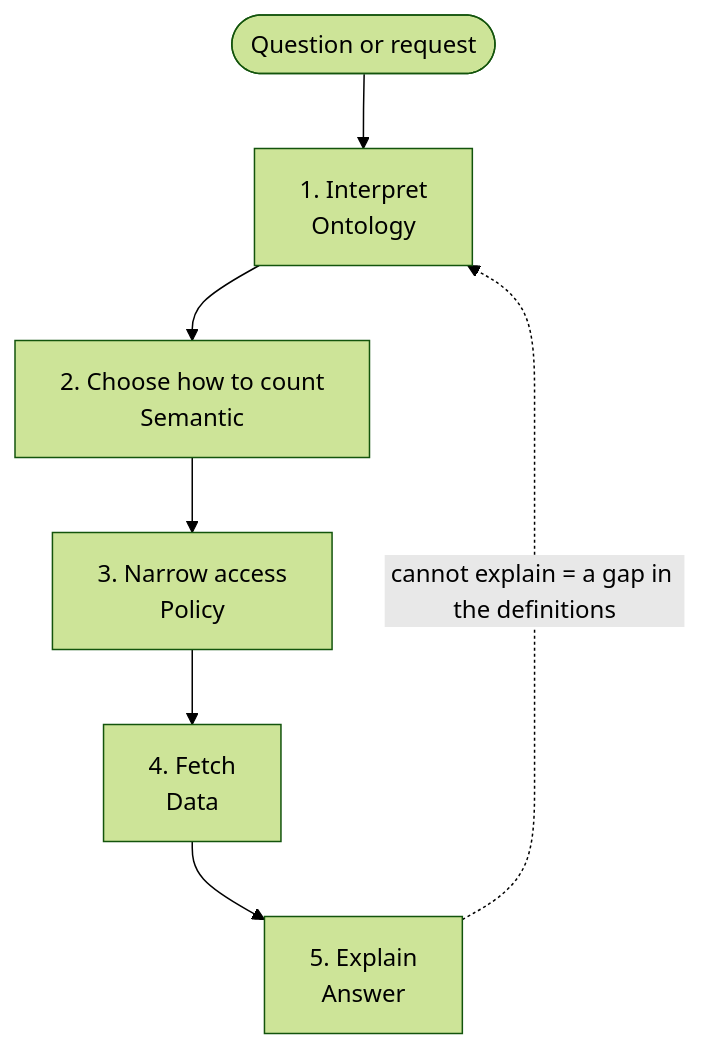
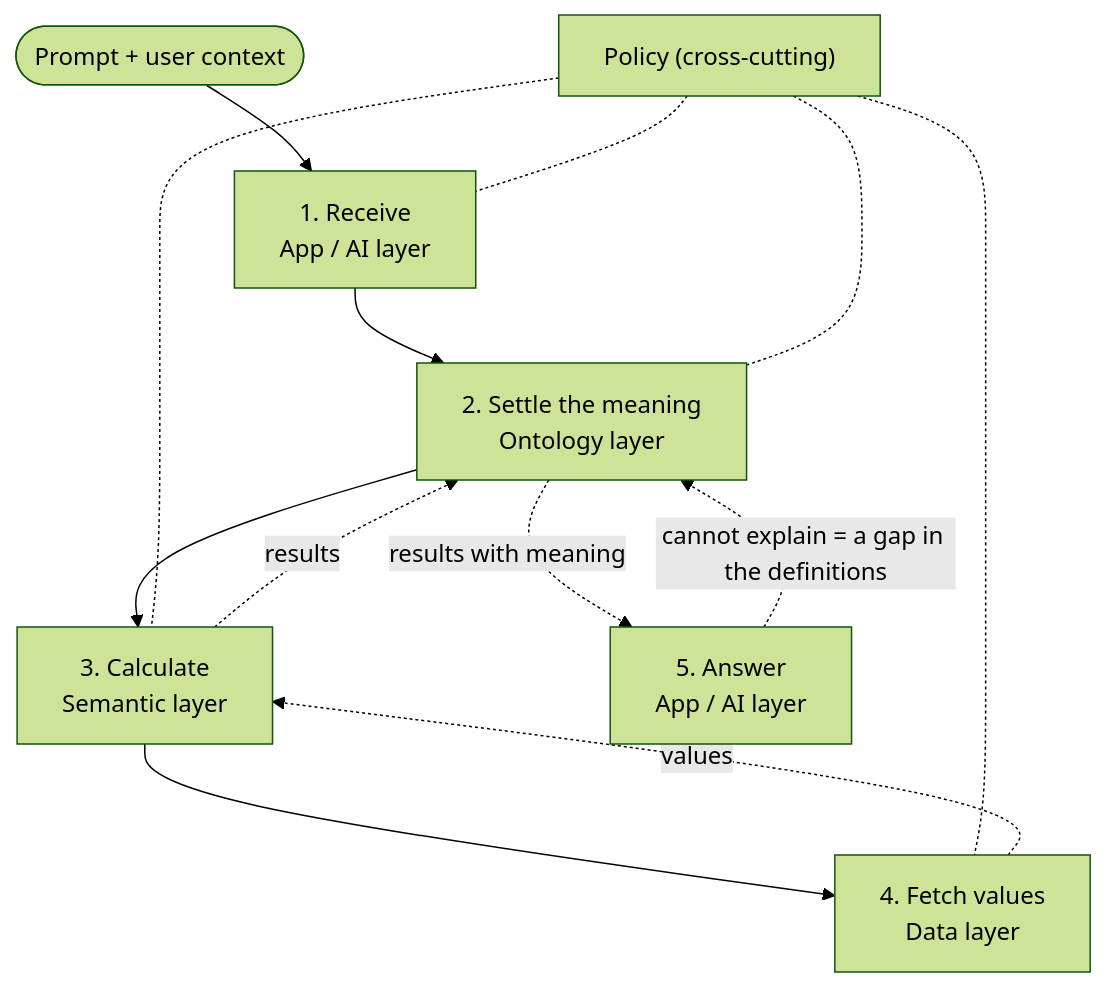
The first of 2 diagrams in framework/en/07_ai-processing-flow.md (keito118/ai-ready-requirements), drawn with Mermaid (forest theme) before and after one commit. The commit also changed other lines of this file and 16 other files, not shown here.

````diff
--- a/framework/en/07_ai-processing-flow.md
+++ b/framework/en/07_ai-processing-flow.md
@@ -7,9 +7,13 @@
 ```mermaid
 flowchart TB
-  Q([Question or request]) --> I["1. Interpret<br/>Ontology"]
-  I --> S["2. Choose how to count<br/>Semantic"]
-  S --> P["3. Narrow access<br/>Policy"]
-  P --> D["4. Fetch<br/>Data"]
-  D --> A["5. Explain<br/>Answer"]
-  A -. cannot explain = a gap in the definitions .-> I
+  Q([Prompt + user context]) --> A1["1. Receive<br/>App / AI layer"]
+  A1 --> O["2. Settle the meaning<br/>Ontology layer"]
+  O --> S["3. Calculate<br/>Semantic layer"]
+  S --> D["4. Fetch values<br/>Data layer"]
+  D -. values .-> S -. results .-> O -. results with meaning .-> A2["5. Answer<br/>App / AI layer"]
+  A2 -. cannot explain = a gap in the definitions .-> O
+  P["Policy (cross-cutting)"] -.- A1
+  P -.- O
+  P -.- S
+  P -.- D
 ```
````
